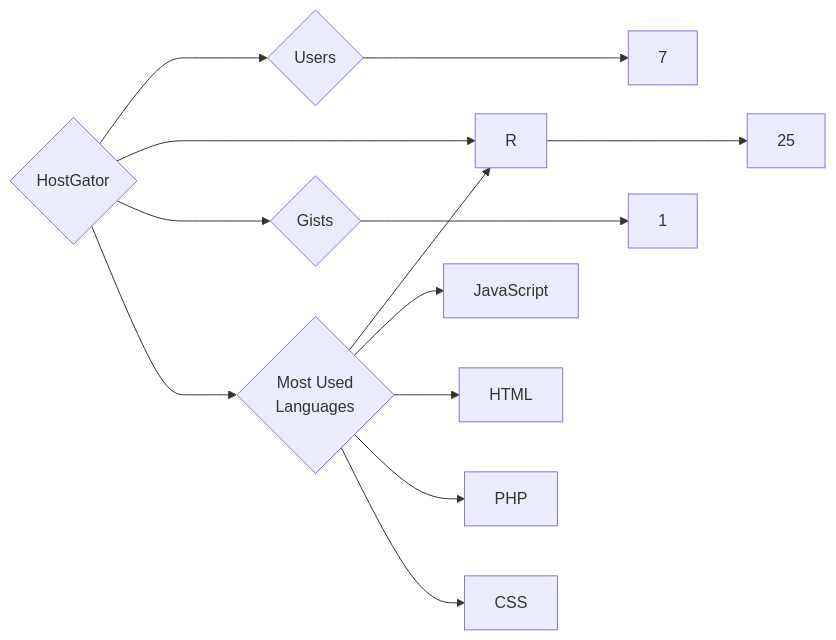
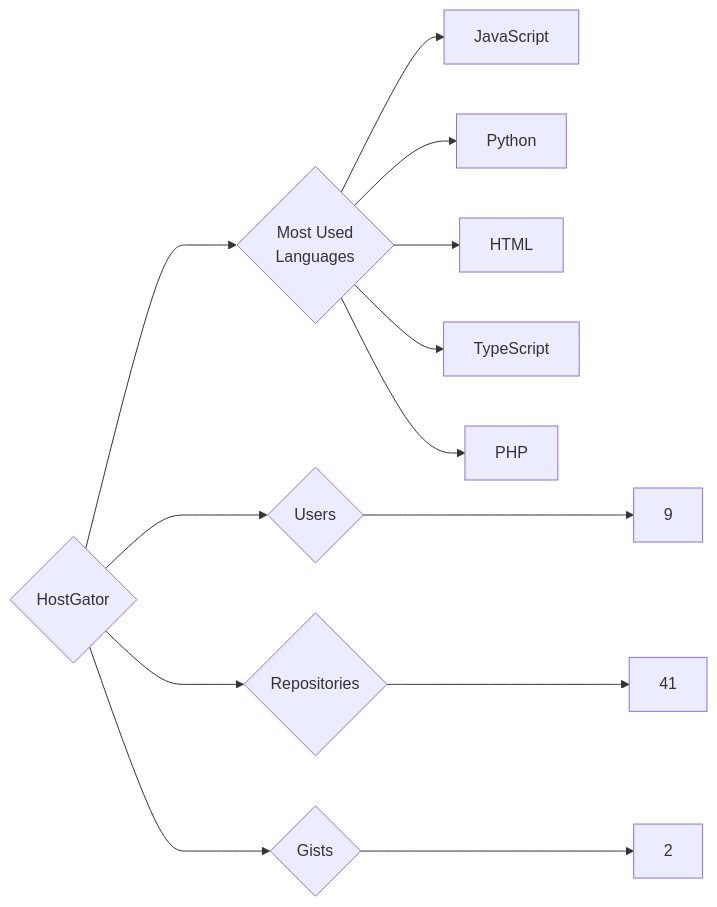
The diagram in targets/HostGator/README.md (trickest/insiders), drawn with Mermaid before and after one commit. The commit also changed 859 other files, not shown here.

````diff
--- a/targets/HostGator/README.md
+++ b/targets/HostGator/README.md
@@ -3,13 +3,13 @@
 ```mermaid
 graph LR
 COMPANY_NAME{HostGator}
-COMPANY_NAME ---> U{Users} ---> UN[7]
-COMPANY_NAME ---> R{Repositories} ---> RN[25]
-COMPANY_NAME ---> G{Gists} ---> GN[1]
+COMPANY_NAME ---> U{Users} ---> UN[9]
+COMPANY_NAME ---> R{Repositories} ---> RN[41]
+COMPANY_NAME ---> G{Gists} ---> GN[2]
 COMPANY_NAME ---> ML{Most Used<br>Languages}
-ML --> R[R]
 ML --> JavaScript[JavaScript]
+ML --> Python[Python]
 ML --> HTML[HTML]
+ML --> TypeScript[TypeScript]
 ML --> PHP[PHP]
-ML --> CSS[CSS]
 ```
````
